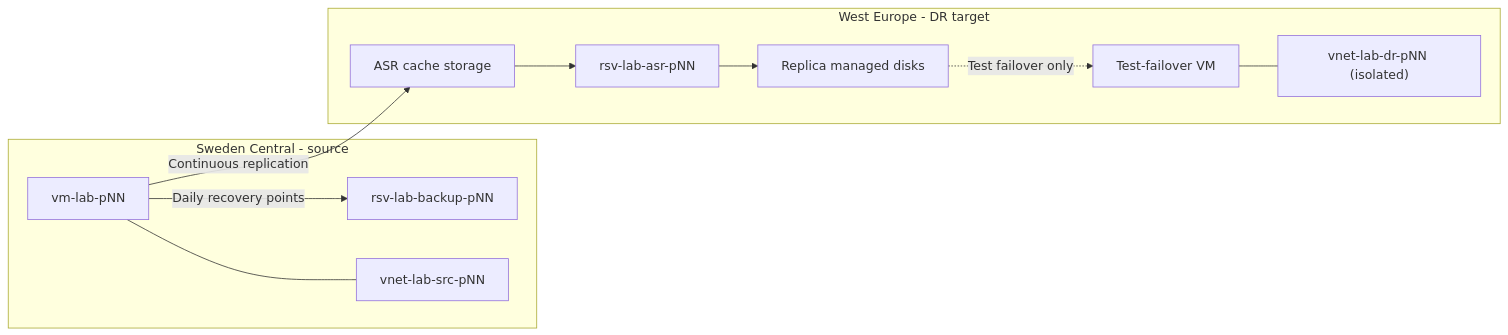
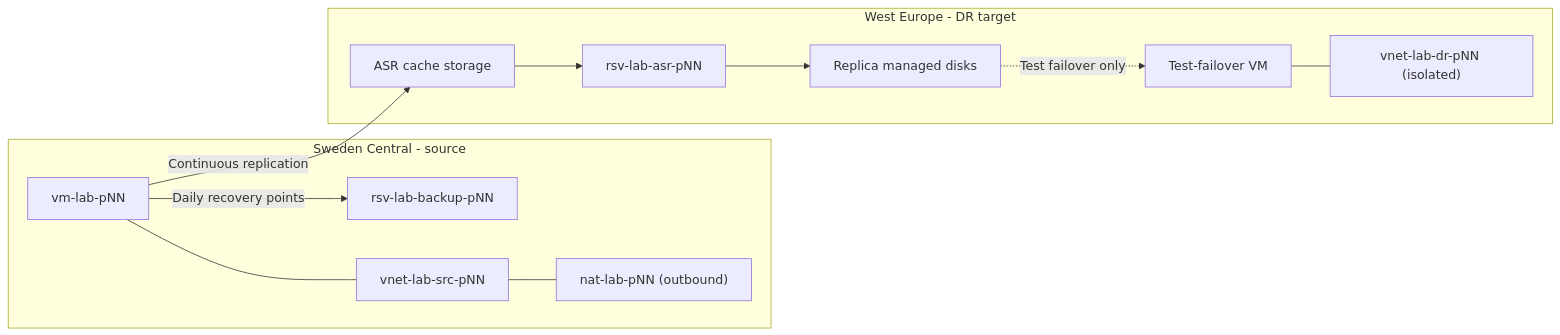
Before and after one commit to abengtss-max/azure-backup-dr-workshop: the diagram in workshop-1-backup-dr.md, drawn with Mermaid. The commit also changed other lines of this file, not shown here.

````diff
--- a/workshop-1-backup-dr.md
+++ b/workshop-1-backup-dr.md
@@ -44,22 +44,24 @@
 ```mermaid
 flowchart LR
     subgraph Primary[Sweden Central - source]
         VM["vm-lab-pNN"]
         RSV1["rsv-lab-backup-pNN"]
         VNet1["vnet-lab-src-pNN"]
+        NAT1["nat-lab-pNN (outbound)"]
     end
     subgraph Recovery[West Europe - DR target]
         RSV2["rsv-lab-asr-pNN"]
         Cache["ASR cache storage"]
         Replica["Replica managed disks"]
         TestVM["Test-failover VM"]
         VNet2["vnet-lab-dr-pNN (isolated)"]
     end
     VM -->|Daily recovery points| RSV1
     VM -->|Continuous replication| Cache
     Cache --> RSV2
     RSV2 --> Replica
     Replica -.->|Test failover only| TestVM
     TestVM --- VNet2
     VM --- VNet1
+    VNet1 --- NAT1
 ```
````
